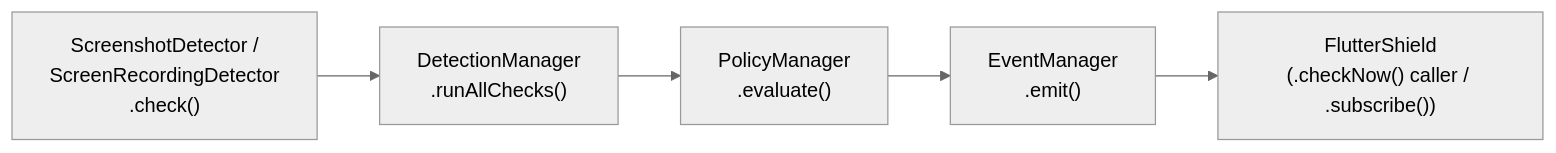
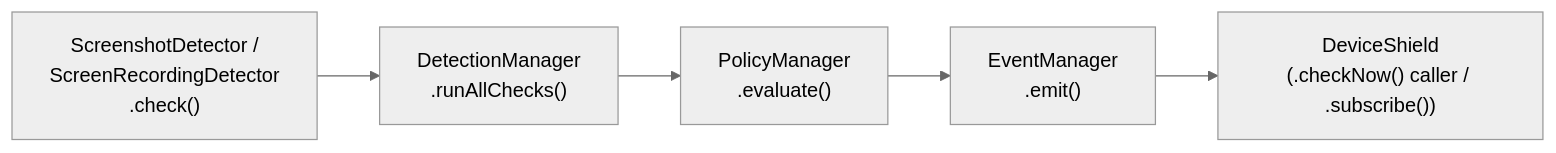
One commit to Vikaskumar75/device-shield changed the fourth of 6 diagrams in app/doc/features/SCREENSHOT_SCREEN_RECORDING_PROTECTION.md. Above: the diagram before and after it, drawn with Mermaid (neutral theme). The commit also changed other lines of this file and 225 other files, not shown here.

First line of the commit message:
Add documentation for device_shield including FAQ, troubleshooting, installation, and platform setup

````diff
--- a/app/doc/features/SCREENSHOT_SCREEN_RECORDING_PROTECTION.md
+++ b/app/doc/features/SCREENSHOT_SCREEN_RECORDING_PROTECTION.md
@@ -361,7 +361,7 @@
 ```mermaid
 flowchart LR
     D["ScreenshotDetector /\nScreenRecordingDetector\n.check()"] --> DM["DetectionManager\n.runAllChecks()"]
     DM --> POL["PolicyManager\n.evaluate()"]
     POL --> EM["EventManager\n.emit()"]
-    EM --> API["FlutterShield\n(.checkNow() caller / .subscribe())"]
+    EM --> API["DeviceShield\n(.checkNow() caller / .subscribe())"]
 ```
````
